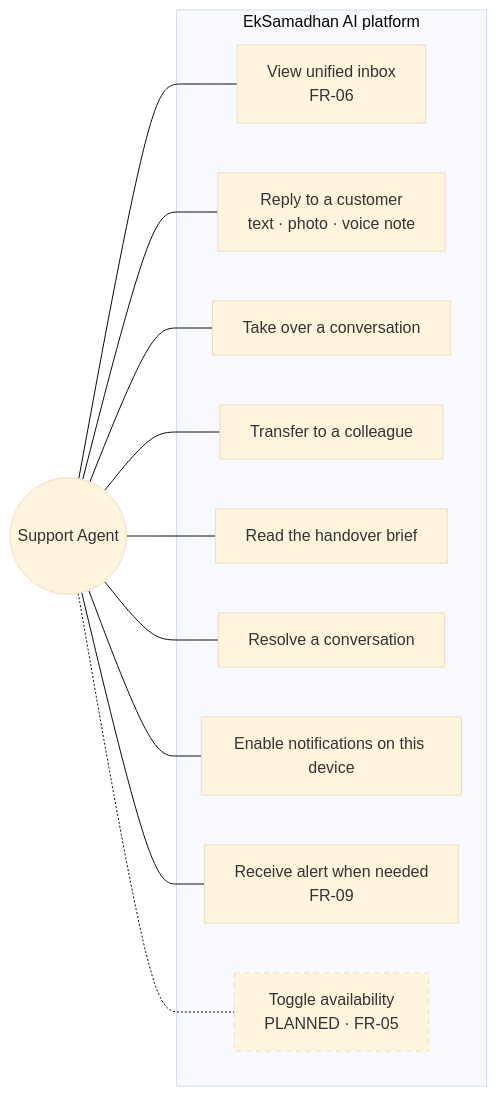
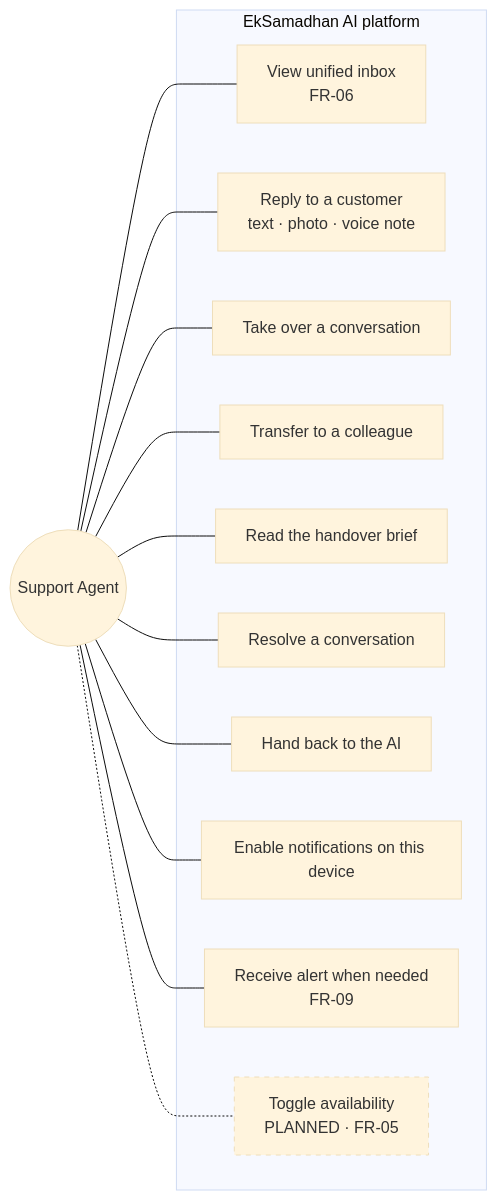
One commit to SayubShakya/eksamadhan-ai changed the second of 4 diagrams in docs/system-design/new-system-design/use-case/README.md. Above: the diagram before and after it, drawn with Mermaid (base theme). The commit also changed 65 other files, not shown here.

Commit message:
updated draw.io diagram

````diff
--- a/docs/system-design/new-system-design/use-case/README.md
+++ b/docs/system-design/new-system-design/use-case/README.md
@@ -44,25 +44,27 @@
 ```mermaid
 flowchart LR
     agent(("Support Agent"))
     subgraph s2["EkSamadhan AI platform"]
         b1["View unified inbox<br/>FR-06"]
         b2["Reply to a customer<br/>text · photo · voice note"]
         b3["Take over a conversation"]
         b4["Transfer to a colleague"]
         b5["Read the handover brief"]
         b6["Resolve a conversation"]
+        b10["Hand back to the AI"]
         b7["Enable notifications on this device"]
         b8["Receive alert when needed<br/>FR-09"]
         b9["Toggle availability<br/>PLANNED · FR-05"]
     end
     agent --- b1
     agent --- b2
     agent --- b3
     agent --- b4
     agent --- b5
     agent --- b6
+    agent --- b10
     agent --- b7
     agent --- b8
     agent -.- b9
     style b9 stroke-dasharray: 5 5
 ```
````
